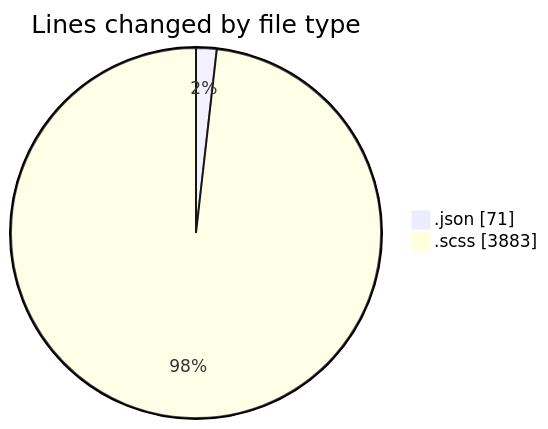
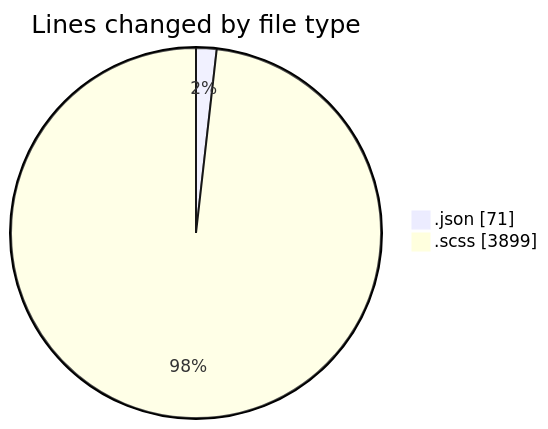
The first of 2 diagrams in 2026-01-22/cda/README.md (momahboobian/code-tracking), drawn with Mermaid before and after one commit. The commit also changed other lines of this file and 1 other file, not shown here.

````diff
--- a/2026-01-22/cda/README.md
+++ b/2026-01-22/cda/README.md
@@ -50,6 +50,6 @@
 ```mermaid
 pie showData
 title Lines changed by file type
 ".json" : 71
-".scss" : 3883
+".scss" : 3899
 ```
````
